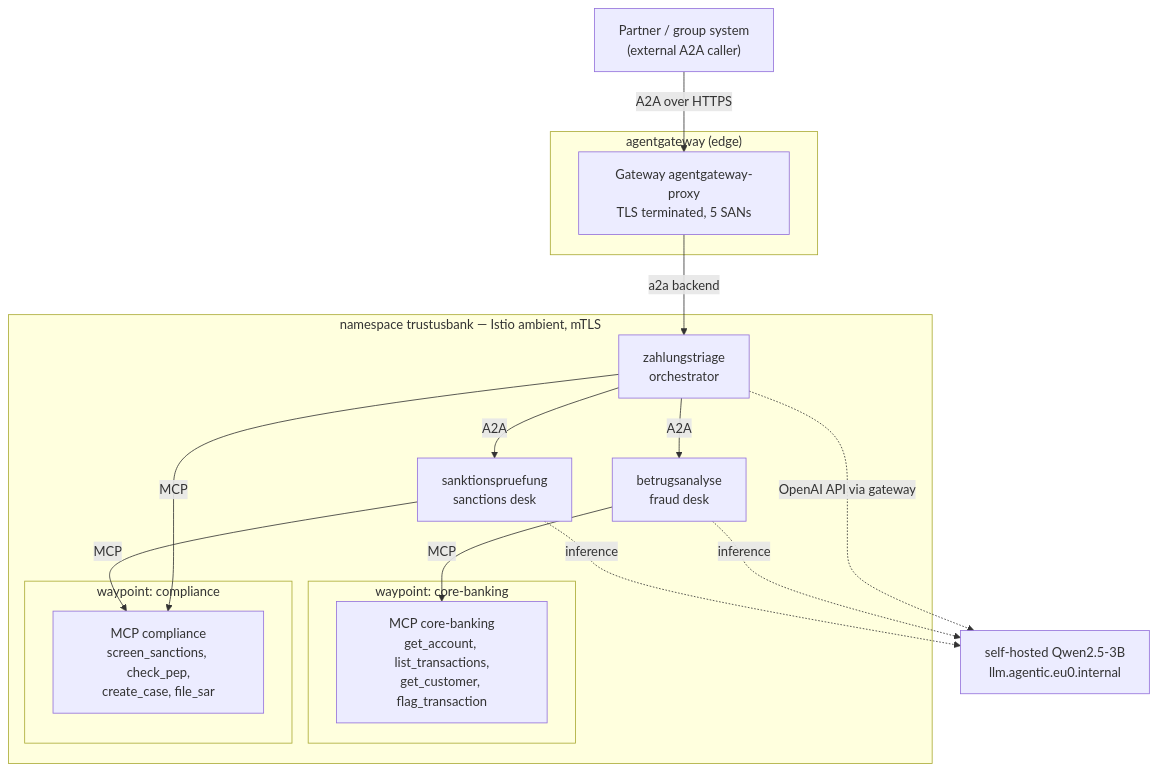
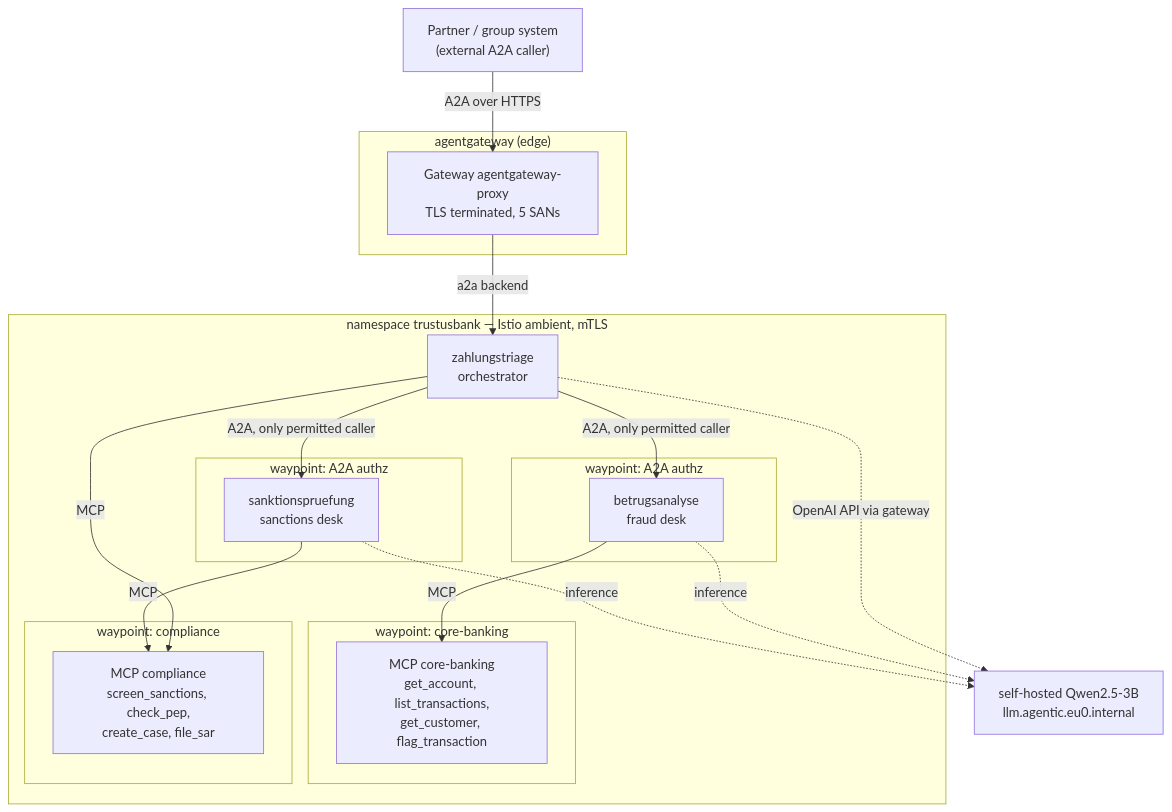
One commit to tjorourke/google-sovereign-poc changed the first of 2 diagrams in docs/trustusbank-sepa-fraud-triage.md. Above: the diagram before and after it, drawn with Mermaid. The commit also changed other lines of this file and 5 other files, not shown here.

````diff
--- a/docs/trustusbank-sepa-fraud-triage.md
+++ b/docs/trustusbank-sepa-fraud-triage.md
@@ -45,34 +45,38 @@
 ```mermaid
 flowchart TB
   caller["Partner / group system<br/>(external A2A caller)"]
 
   subgraph edge["agentgateway (edge)"]
     gw["Gateway agentgateway-proxy<br/>TLS terminated, 5 SANs"]
   end
 
   subgraph tub["namespace trustusbank — Istio ambient, mTLS"]
     triage["zahlungstriage<br/>orchestrator"]
-    fraud["betrugsanalyse<br/>fraud desk"]
-    sanc["sanktionspruefung<br/>sanctions desk"]
+    subgraph wa1["waypoint: A2A authz"]
+      fraud["betrugsanalyse<br/>fraud desk"]
+    end
+    subgraph wa2["waypoint: A2A authz"]
+      sanc["sanktionspruefung<br/>sanctions desk"]
+    end
 
     subgraph wp1["waypoint: core-banking"]
       cb["MCP core-banking<br/>get_account, list_transactions,<br/>get_customer, flag_transaction"]
     end
     subgraph wp2["waypoint: compliance"]
       cp["MCP compliance<br/>screen_sanctions, check_pep,<br/>create_case, file_sar"]
     end
   end
 
   model["self-hosted Qwen2.5-3B<br/>llm.agentic.eu0.internal"]
 
   caller -->|"A2A over HTTPS"| gw
   gw -->|"a2a backend"| triage
-  triage -->|"A2A"| fraud
-  triage -->|"A2A"| sanc
+  triage -->|"A2A, only permitted caller"| fraud
+  triage -->|"A2A, only permitted caller"| sanc
   triage -->|"MCP"| cp
   fraud -->|"MCP"| cb
   sanc -->|"MCP"| cp
   triage -.->|"OpenAI API via gateway"| model
   fraud -.->|"inference"| model
   sanc -.->|"inference"| model
 ```
````
